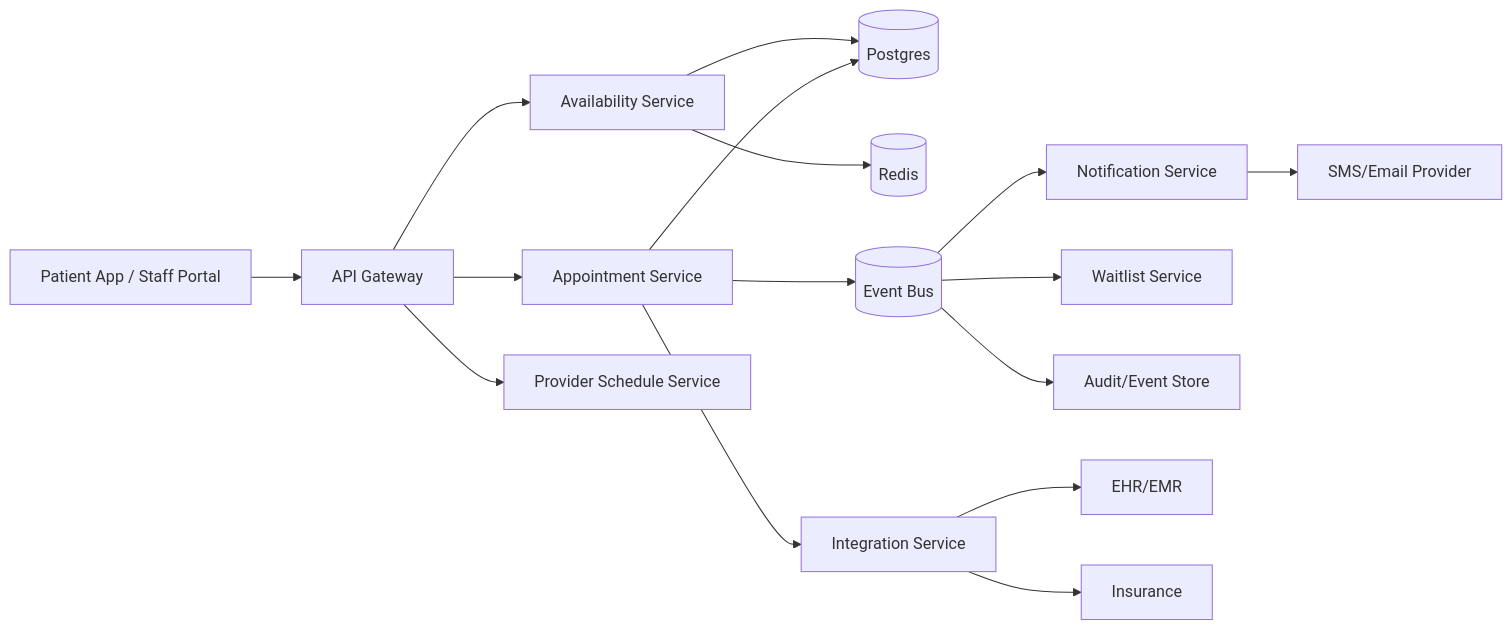
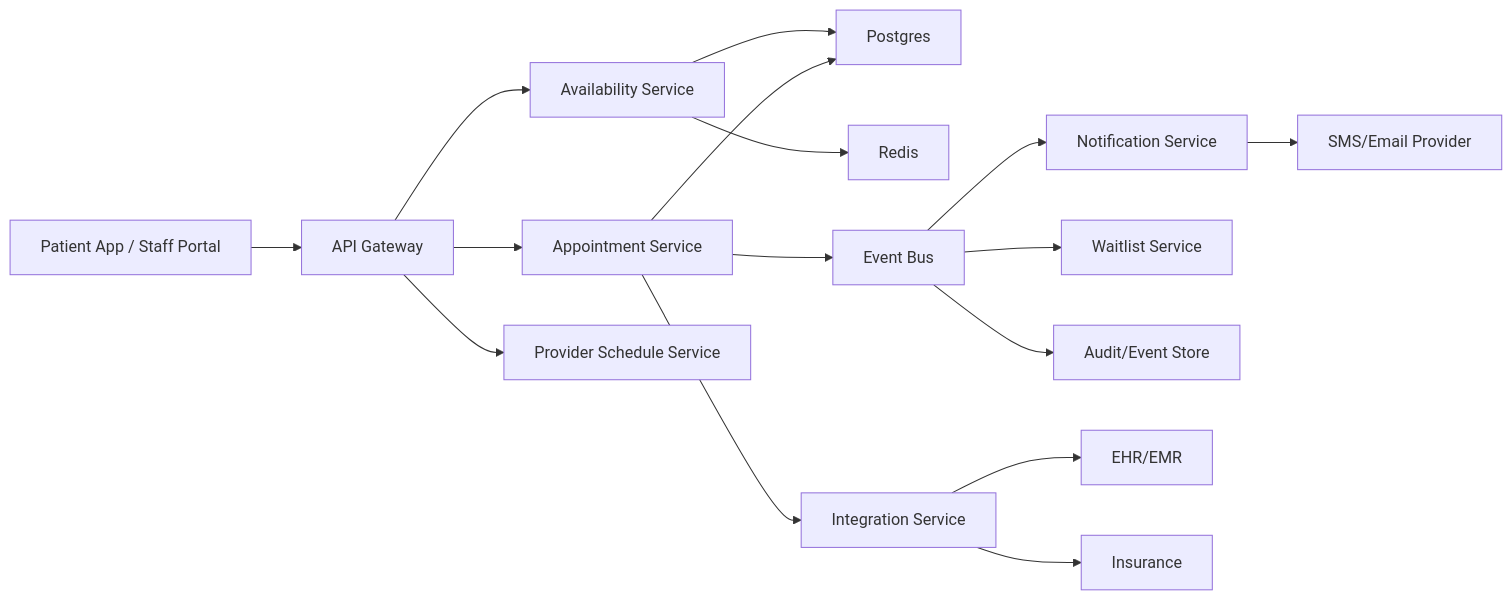
Before and after one commit to hatan4ik/system-design-hospital-appointments: the diagram in diagrams/01-high-level.mmd, drawn with Mermaid. The commit also changed 2 other files, not shown here.

```diff
--- a/diagrams/01-high-level.mmd
+++ b/diagrams/01-high-level.mmd
@@ -1,17 +1,17 @@
 flowchart LR
   Client[Patient App / Staff Portal] --> API[API Gateway]
   API --> AS[Appointment Service]
   API --> AV[Availability Service]
   API --> PS[Provider Schedule Service]
 
-  AS --> PG[(Postgres)]
-  AV --> R[(Redis)]
+  AS --> PG[Postgres]
+  AV --> R[Redis]
   AV --> PG
-  AS --> BUS[(Event Bus)]
+  AS --> BUS[Event Bus]
   BUS --> NS[Notification Service]
   BUS --> WL[Waitlist Service]
   BUS --> AUD[Audit/Event Store]
   NS --> SMS[SMS/Email Provider]
   AS --> INT[Integration Service]
   INT --> EHR[EHR/EMR]
   INT --> INS[Insurance]
```
